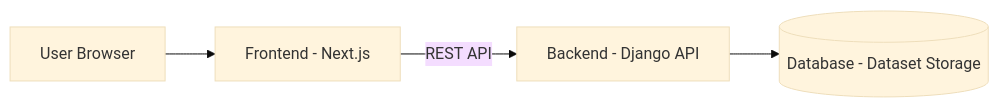
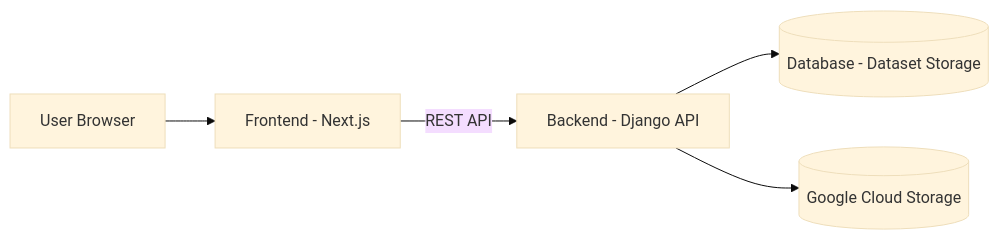
Before and after one commit to tomoki-shiozaki/vizshare: the diagram in README.md, drawn with Mermaid (base theme). The commit also changed other lines of this file, not shown here.

````diff
--- a/README.md
+++ b/README.md
@@ -71,11 +72,13 @@
 ```mermaid
 flowchart LR
     User[User Browser]
     Frontend[Frontend - Next.js]
     Backend[Backend - Django API]
     DB[(Database - Dataset Storage)]
+    GCS[(Google Cloud Storage)]
 
     User --> Frontend
     Frontend -->|REST API| Backend
     Backend --> DB
+    Backend --> GCS
 ```
````
